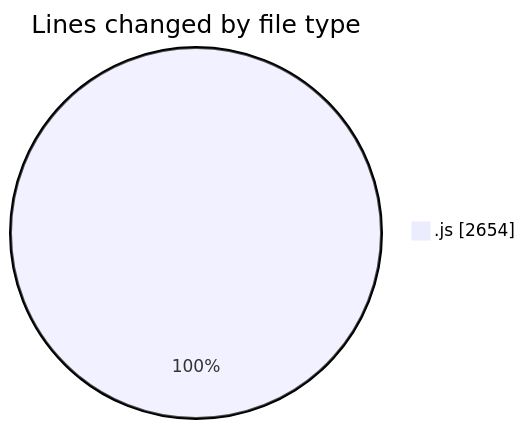
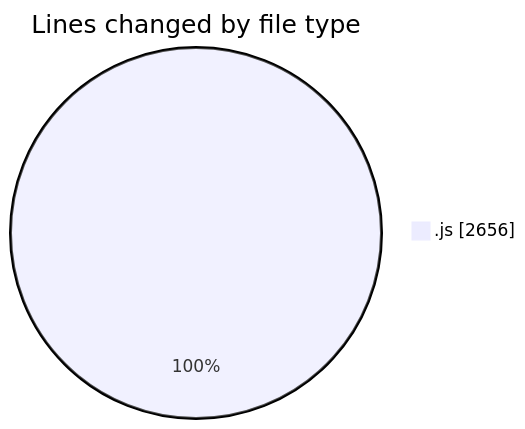
One commit to nxtqubesakshisongat/code-tracking changed the first of 2 diagrams in 2025-10-15/nxtqube_webapp/README.md. Above: the diagram before and after it, drawn with Mermaid. The commit also changed other lines of this file and 1 other file, not shown here.

````diff
--- a/2025-10-15/nxtqube_webapp/README.md
+++ b/2025-10-15/nxtqube_webapp/README.md
@@ -21,5 +21,5 @@
 ```mermaid
 pie showData
 title Lines changed by file type
-".js" : 2654
+".js" : 2656
 ```
````
